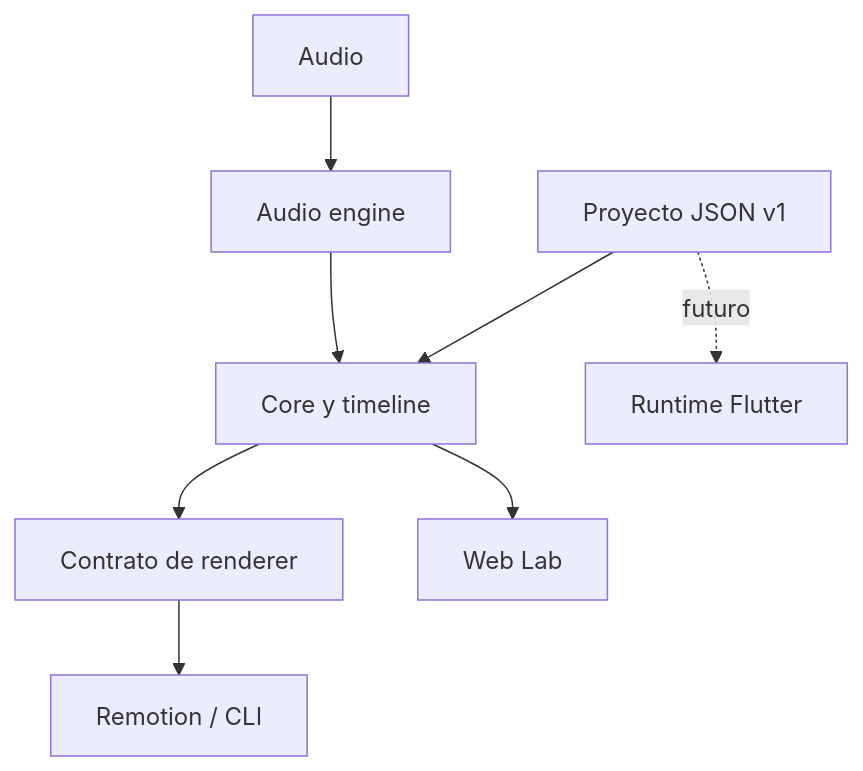
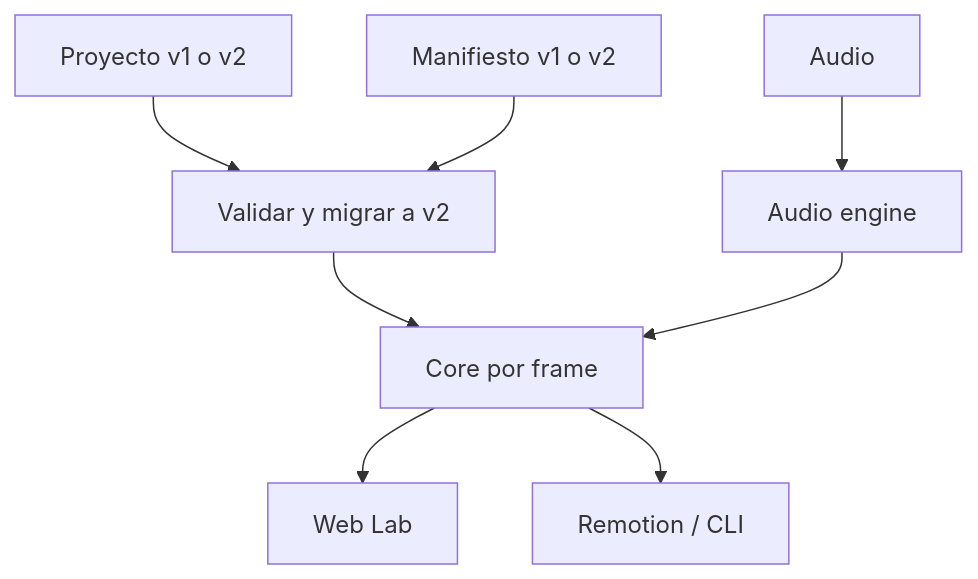
Before and after one commit to roynezstudios-rgb/edituber: the diagram in docs/ARCHITECTURE.md, drawn with Mermaid. The commit also changed other lines of this file and 6 other files, not shown here.

````diff
--- a/docs/ARCHITECTURE.md
+++ b/docs/ARCHITECTURE.md
@@ -5,10 +5,10 @@
 ```mermaid
 flowchart TD
-  P[Proyecto JSON v1] --> C[Core y timeline]
+  J[Proyecto v1 o v2] --> V[Validar y migrar a v2]
+  M[Manifiesto v1 o v2] --> V
   A[Audio] --> E[Audio engine]
+  V --> C[Core por frame]
   E --> C
-  C --> R[Contrato de renderer]
-  R --> M[Remotion / CLI]
   C --> W[Web Lab]
-  P -. futuro .-> F[Runtime Flutter]
+  C --> R[Remotion / CLI]
 ```
````
